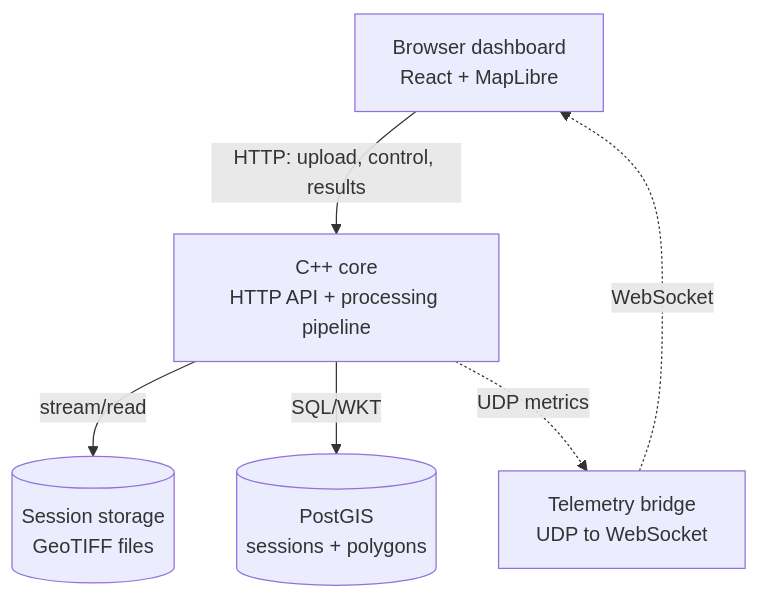
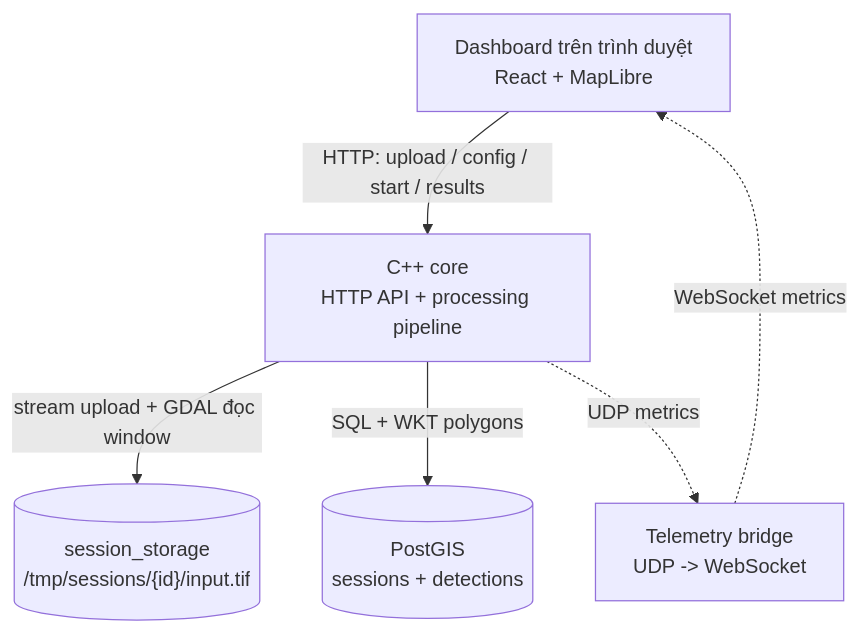
The first of 2 diagrams in README.md (Dinhthuy2k5/remote-sensing-pipeline), drawn with Mermaid before and after one commit. The commit also changed other lines of this file and 5 other files, not shown here.

````diff
--- a/README.md
+++ b/README.md
@@ -51,14 +49,14 @@
 ```mermaid
 flowchart TB
-    UI["Browser dashboard<br/>React + MapLibre"]
+    UI["Dashboard trên trình duyệt<br/>React + MapLibre"]
     Core["C++ core<br/>HTTP API + processing pipeline"]
-    DB[("PostGIS<br/>sessions + polygons")]
-    Files[("Session storage<br/>GeoTIFF files")]
-    Bridge["Telemetry bridge<br/>UDP to WebSocket"]
+    DB[("PostGIS<br/>sessions + detections")]
+    Files[("session_storage<br/>/tmp/sessions/{id}/input.tif")]
+    Bridge["Telemetry bridge<br/>UDP -> WebSocket"]
 
-    UI -->|"HTTP: upload, control, results"| Core
-    Core -->|"stream/read"| Files
-    Core -->|"SQL/WKT"| DB
+    UI -->|"HTTP: upload / config / start / results"| Core
+    Core -->|"stream upload + GDAL đọc window"| Files
+    Core -->|"SQL + WKT polygons"| DB
     Core -. "UDP metrics" .-> Bridge
-    Bridge -. "WebSocket" .-> UI
+    Bridge -. "WebSocket metrics" .-> UI
 ```
````
